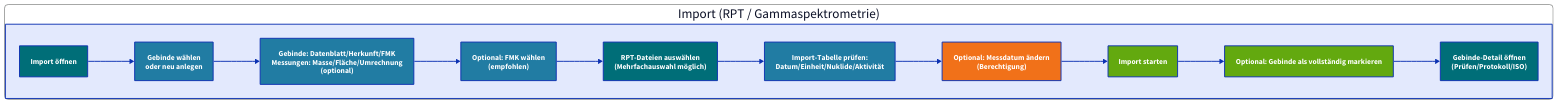
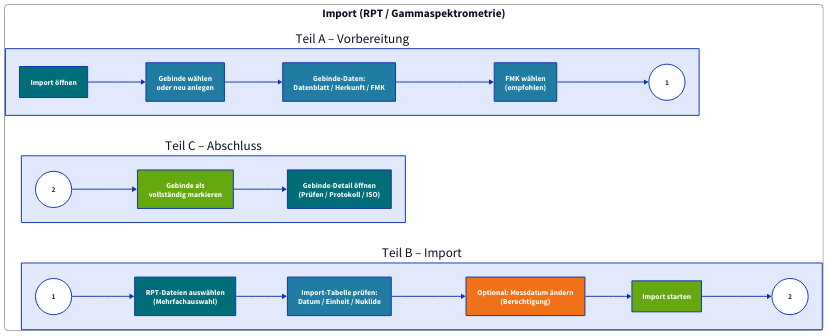
One commit to Ph0non/fmb-log-docs changed the diagram in docs/diagrams-src/import-flow.d2. Above: the diagram before and after it, drawn with D2. The commit also changed 186 other files, not shown here.

```diff
--- a/docs/diagrams-src/import-flow.d2
+++ b/docs/diagrams-src/import-flow.d2
@@ -1,65 +1,113 @@
 direction: right
 
 style: {
   stroke: "#3d3e3d"
   stroke-width: 1
-  font-size: 24
+  font-size: 22
   border-radius: 8
 }
 
-flow: {
+title: "Import (RPT / Gammaspektrometrie)" {
+  near: top-center
+  shape: text
+  style.font-size: 24
+  style.bold: true
+}
+
+# Teil A: Vorbereitung
+prep: {
   direction: down
-  label: "Import (RPT / Gammaspektrometrie)"
+  label: "Teil A – Vorbereitung"
 
   open: "Import öffnen" {
     style.fill: "#006e78"
     style.font-color: "#ffffff"
   }
 
   container: "Gebinde wählen\noder neu anlegen" {
     style.fill: "#217ca3"
     style.font-color: "#ffffff"
   }
 
-  meta: "Gebinde: Datenblatt/Herkunft/FMK\nMessungen: Masse/Fläche/Umrechnung\n(optional)" {
+  meta: "Gebinde-Daten:\nDatenblatt / Herkunft / FMK" {
     style.fill: "#217ca3"
     style.font-color: "#ffffff"
   }
 
-  fmk: "Optional: FMK wählen\n(empfohlen)" {
+  fmk: "FMK wählen\n(empfohlen)" {
     style.fill: "#217ca3"
     style.font-color: "#ffffff"
   }
 
-  files: "RPT-Dateien auswählen\n(Mehrfachauswahl möglich)" {
+  cont_a: "1" {
+    shape: circle
+    style.fill: "#ffffff"
+    style.font-color: "#3d3e3d"
+  }
+
+  open -> container -> meta -> fmk -> cont_a
+}
+
+# Teil B: Import
+import: {
+  direction: down
+  label: "Teil B – Import"
+
+  cont_b: "1" {
+    shape: circle
+    style.fill: "#ffffff"
+    style.font-color: "#3d3e3d"
+  }
+
+  files: "RPT-Dateien auswählen\n(Mehrfachauswahl)" {
     style.fill: "#006e78"
     style.font-color: "#ffffff"
   }
 
-  review: "Import-Tabelle prüfen:\nDatum/Einheit/Nuklide/Aktivität" {
+  review: "Import-Tabelle prüfen:\nDatum / Einheit / Nuklide" {
     style.fill: "#217ca3"
     style.font-color: "#ffffff"
   }
 
   date: "Optional: Messdatum ändern\n(Berechtigung)" {
     style.fill: "#f17119"
     style.font-color: "#ffffff"
   }
 
-  import: "Import starten" {
+  start: "Import starten" {
     style.fill: "#63a90f"
     style.font-color: "#ffffff"
   }
 
-  complete: "Optional: Gebinde als vollständig markieren" {
+  cont_c: "2" {
+    shape: circle
+    style.fill: "#ffffff"
+    style.font-color: "#3d3e3d"
+  }
+
+  cont_b -> files -> review -> date -> start -> cont_c
+}
+
+# Teil C: Abschluss
+finish: {
+  direction: down
+  label: "Teil C – Abschluss"
+
+  cont_d: "2" {
+    shape: circle
+    style.fill: "#ffffff"
+    style.font-color: "#3d3e3d"
+  }
+
+  complete: "Gebinde als\nvollständig markieren" {
     style.fill: "#63a90f"
     style.font-color: "#ffffff"
   }
 
-  detail: "Gebinde-Detail öffnen\n(Prüfen/Protokoll/ISO)" {
+  detail: "Gebinde-Detail öffnen\n(Prüfen / Protokoll / ISO)" {
     style.fill: "#006e78"
     style.font-color: "#ffffff"
   }
 
-  open -> container -> meta -> fmk -> files -> review -> date -> import -> complete -> detail
+  cont_d -> complete -> detail
 }
```
